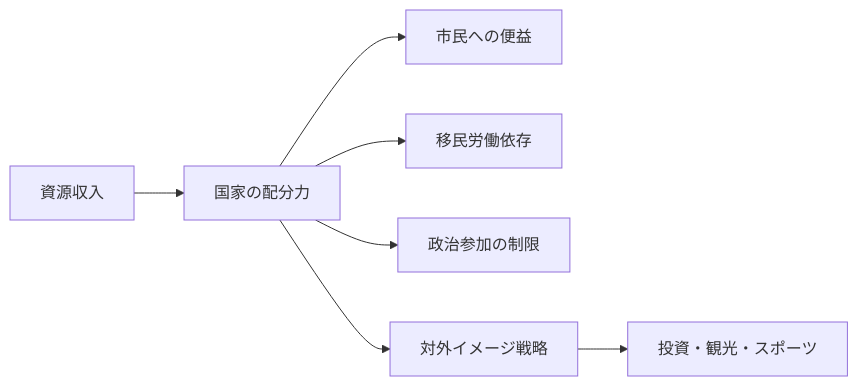
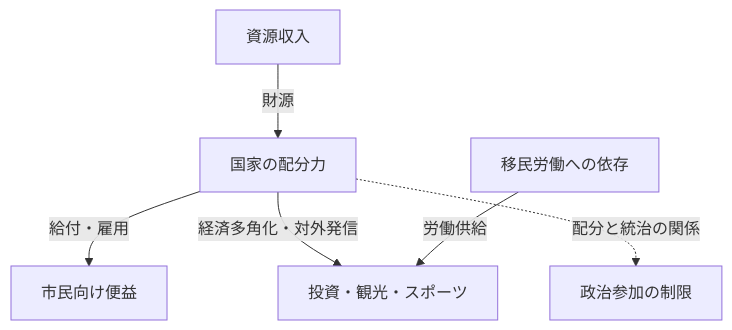
Before and after one commit to daylight55/research: the diagram in articles/report/gulf-modernization-authoritarianism/ja/index.mdx, drawn with Mermaid. The commit also changed 181 other files, not shown here.

First line of the commit message:
全記事の図解368点を再生成し、共通注意書きを削除 (#402)

````diff
--- a/articles/report/gulf-modernization-authoritarianism/ja/index.mdx
+++ b/articles/report/gulf-modernization-authoritarianism/ja/index.mdx
@@ -31,9 +31,16 @@
 ```mermaid
-flowchart LR
-  R["資源収入"] --> S["国家の配分力"]
-  S --> C["市民への便益"]
-  S --> L["移民労働依存"]
-  S --> P["政治参加の制限"]
-  S --> I["対外イメージ戦略"]
-  I --> D["投資・観光・スポーツ"]
+flowchart TD
+  accTitle: 湾岸国家の資源収入・配分・統治
+  accDescr: 資源収入は市民向け便益と投資を支えるが、移民労働への依存や政治参加の制限も別に検討する必要がある。
+  N0["資源収入"]
+  N1["国家の配分力"]
+  N2["市民向け便益"]
+  N3["移民労働への依存"]
+  N4["投資・観光・スポーツ"]
+  N5["政治参加の制限"]
+  N0 -->|財源| N1
+  N1 -->|給付・雇用| N2
+  N1 -->|経済多角化・対外発信| N4
+  N3 -->|労働供給| N4
+  N1 -.->|配分と統治の関係| N5
 ```
````
